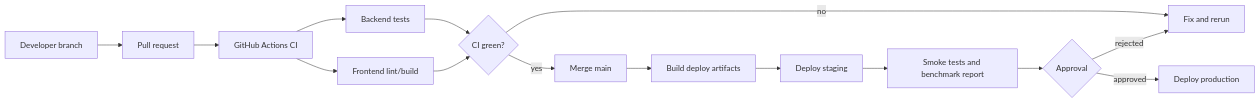
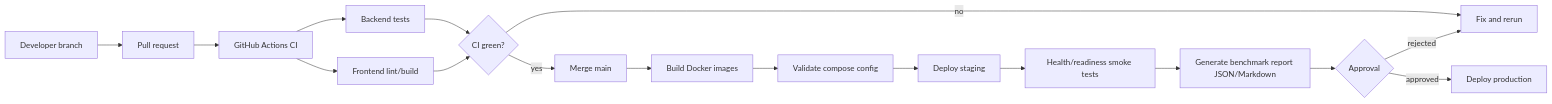
One commit to AnLHN/Web-agent-craw-blog changed the fourth of 5 diagrams in docs/architecture-pipeline.md. Above: the diagram before and after it, drawn with Mermaid. The commit also changed other lines of this file and 45 other files, not shown here.

First line of the commit message:
Complete Phase 8 production readiness baseline

````diff
--- a/docs/architecture-pipeline.md
+++ b/docs/architecture-pipeline.md
@@ -296,17 +311,19 @@
 ```mermaid
 flowchart LR
     A[Developer branch] --> B[Pull request]
     B --> C[GitHub Actions CI]
     C --> D[Backend tests]
     C --> E[Frontend lint/build]
     D --> F{CI green?}
     E --> F
     F -- no --> G[Fix and rerun]
     F -- yes --> H[Merge main]
-    H --> I[Build deploy artifacts]
-    I --> J[Deploy staging]
-    J --> K[Smoke tests and benchmark report]
-    K --> L{Approval}
-    L -- approved --> M[Deploy production]
-    L -- rejected --> G
+    H --> I[Build Docker images]
+    I --> J[Validate compose config]
+    J --> K[Deploy staging]
+    K --> L[Health/readiness smoke tests]
+    L --> M[Generate benchmark report JSON/Markdown]
+    M --> N{Approval}
+    N -- approved --> O[Deploy production]
+    N -- rejected --> G
 ```
````
